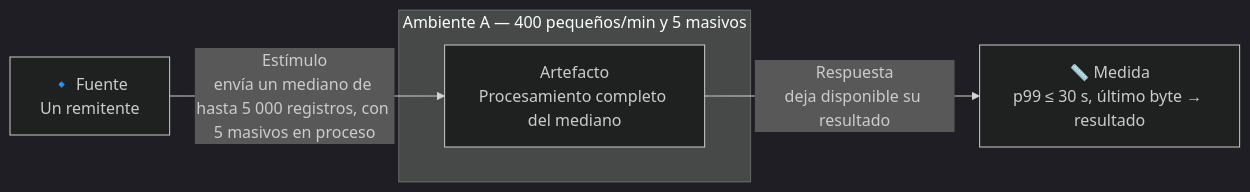
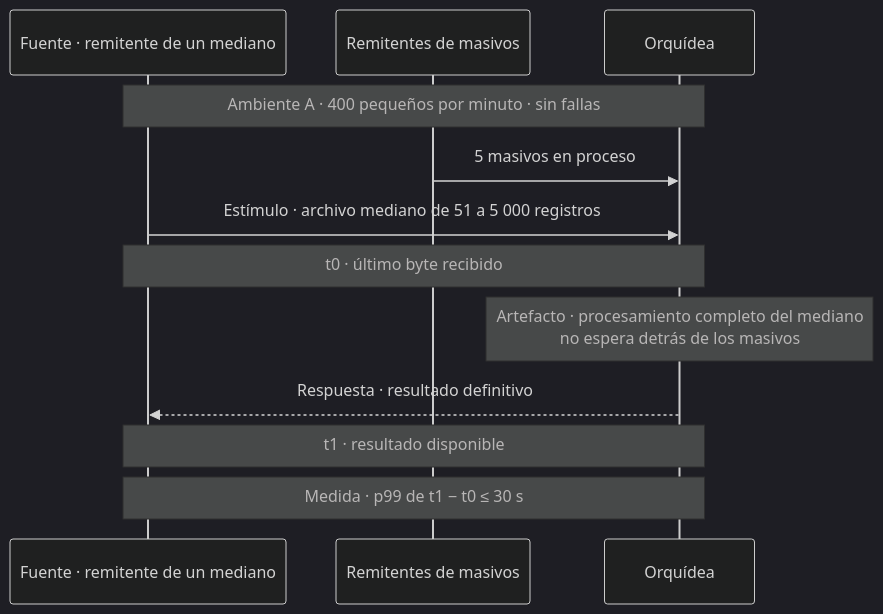
Before and after one commit to MATI-MBIT/arqsoft-reto-4: diagram 14 of 17 in docs/quality-attributes.md, drawn with Mermaid (dark theme). The commit also changed other lines of this file, not shown here.

Commit message:
Cambia los diagramas de los ASR por diagramas de secuencia con t0, t1 y la medida

````diff
--- a/docs/quality-attributes.md
+++ b/docs/quality-attributes.md
@@ -464,9 +538,14 @@
 ```mermaid
-flowchart LR
-    F["🔹 Fuente<br/>Un remitente"]
-    F -- "Estímulo<br/>envía un mediano de hasta 5 000 registros, con 5 masivos en proceso" --> A
-    subgraph AMB["Ambiente A — 400 pequeños/min y 5 masivos"]
-        A["Artefacto<br/>Procesamiento completo del mediano"]
-    end
-    A -- "Respuesta<br/>deja disponible su resultado" --> M["📏 Medida<br/>p99 ≤ 30 s, último byte → resultado"]
+sequenceDiagram
+    participant P as Fuente · remitente de un mediano
+    participant M as Remitentes de masivos
+    participant O as Orquídea
+    Note over P,O: Ambiente A · 400 pequeños por minuto · sin fallas
+    M->>O: 5 masivos en proceso
+    P->>O: Estímulo · archivo mediano de 51 a 5 000 registros
+    Note over P,O: t0 · último byte recibido
+    Note over O: Artefacto · procesamiento completo del mediano<br/>no espera detrás de los masivos
+    O-->>P: Respuesta · resultado definitivo
+    Note over P,O: t1 · resultado disponible
+    Note over P,O: Medida · p99 de t1 − t0 ≤ 30 s
 ```
````
